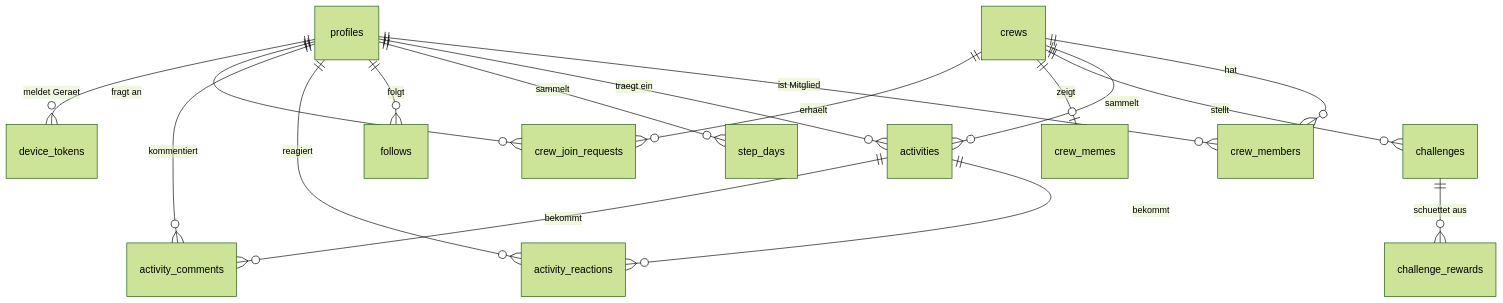
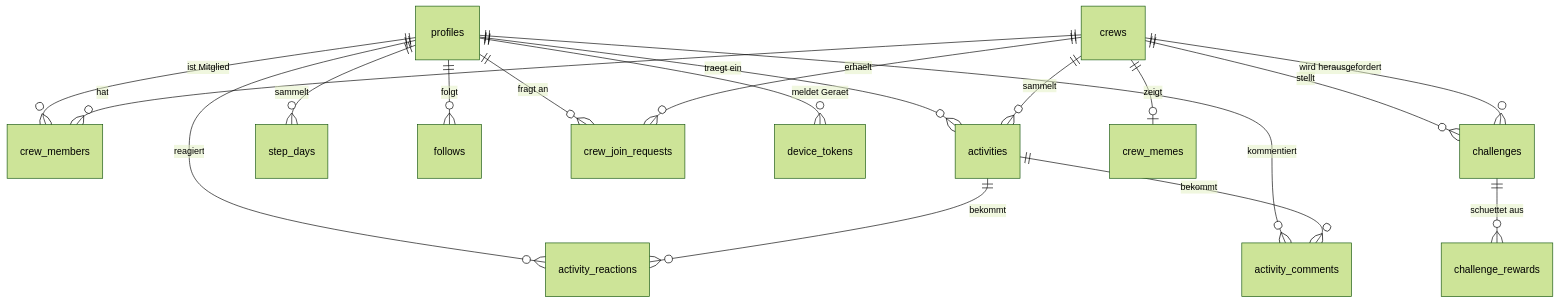
The third of 4 diagrams in ARCHITECTURE.md (jr2k01/MobileSE), drawn with Mermaid (forest theme) before and after one commit. The commit also changed other lines of this file and 1 other file, not shown here.

First line of the commit message:
docs: catch the report and the diagrams up with the last seven commits

````diff
--- a/ARCHITECTURE.md
+++ b/ARCHITECTURE.md
@@ -133,21 +144,22 @@
 ```mermaid
 erDiagram
     profiles ||--o{ crew_members : "ist Mitglied"
     profiles ||--o{ activities : "traegt ein"
     profiles ||--o{ step_days : "sammelt"
     profiles ||--o{ follows : folgt
     profiles ||--o{ activity_reactions : reagiert
     profiles ||--o{ activity_comments : kommentiert
     profiles ||--o{ crew_join_requests : "fragt an"
     profiles ||--o{ device_tokens : "meldet Geraet"
 
     crews ||--o{ crew_members : "hat"
     crews ||--o{ activities : "sammelt"
     crews ||--o{ challenges : "stellt"
+    crews ||--o{ challenges : "wird herausgefordert"
     crews ||--o| crew_memes : "zeigt"
     crews ||--o{ crew_join_requests : "erhaelt"
 
     challenges ||--o{ challenge_rewards : "schuettet aus"
     activities ||--o{ activity_reactions : "bekommt"
     activities ||--o{ activity_comments : "bekommt"
 ```
````
